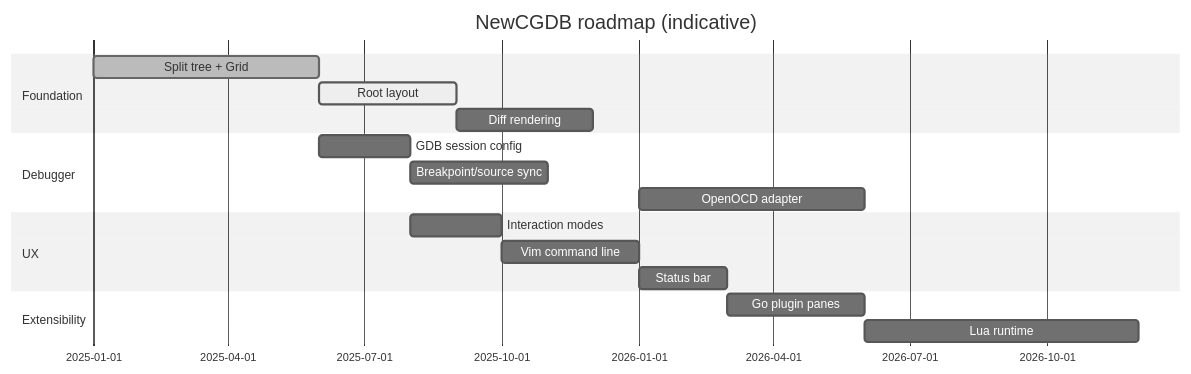
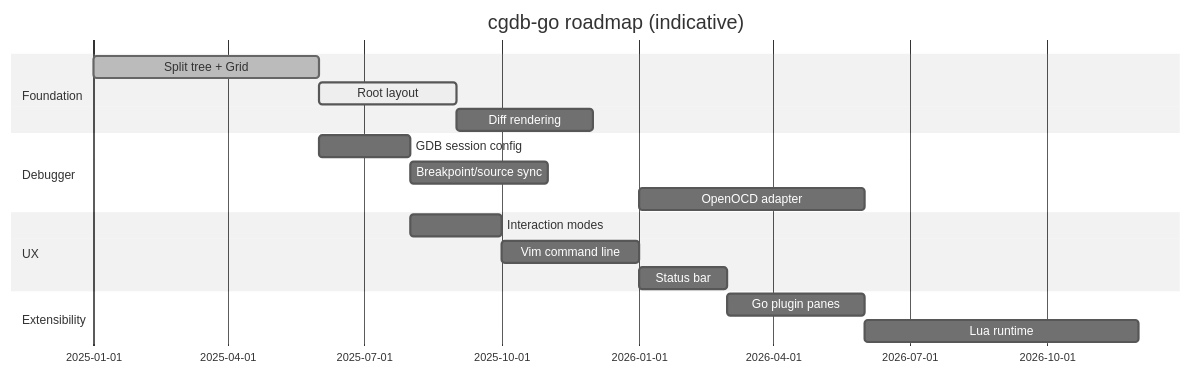
The diagram in docs/ROADMAP.md (yairgd/gdbforge), drawn with Mermaid (neutral theme) before and after one commit. The commit also changed other lines of this file and 37 other files, not shown here.

````diff
--- a/docs/ROADMAP.md
+++ b/docs/ROADMAP.md
@@ -58,20 +58,20 @@
 ```mermaid
 gantt
-    title NewCGDB roadmap (indicative)
+    title cgdb-go roadmap (indicative)
     dateFormat YYYY-MM
     section Foundation
         Split tree + Grid           :done, m1, 2025-01, 2025-06
         Root layout                 :active, m2, 2025-06, 2025-09
         Diff rendering              :m3, 2025-09, 2025-12
     section Debugger
         GDB session config          :m4, 2025-06, 2025-08
         Breakpoint/source sync      :m5, 2025-08, 2025-11
         OpenOCD adapter             :m6, 2026-01, 2026-06
     section UX
         Interaction modes           :m7, 2025-08, 2025-10
         Vim command line            :m8, 2025-10, 2026-01
         Status bar                  :m9, 2026-01, 2026-03
     section Extensibility
         Go plugin panes             :m10, 2026-03, 2026-06
         Lua runtime                 :m11, 2026-06, 2026-12
 ```
````
